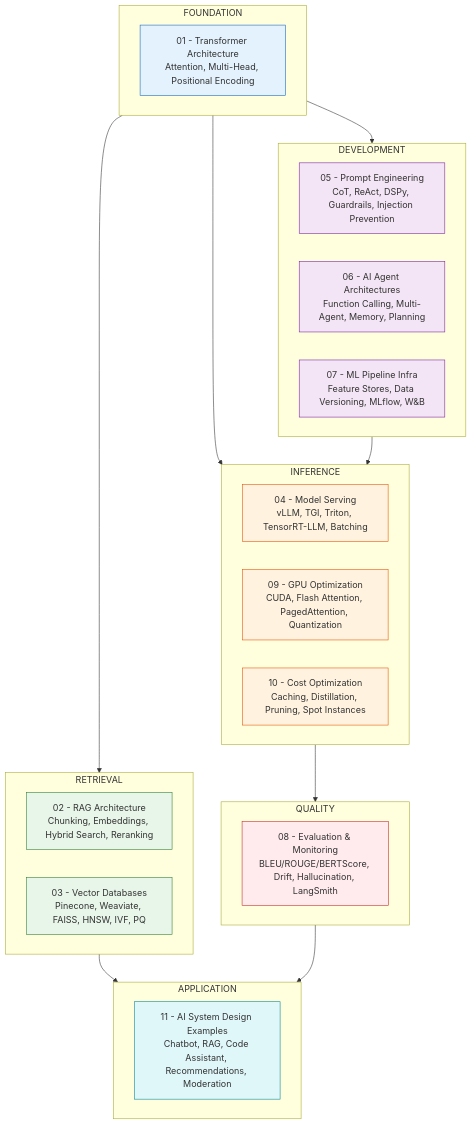
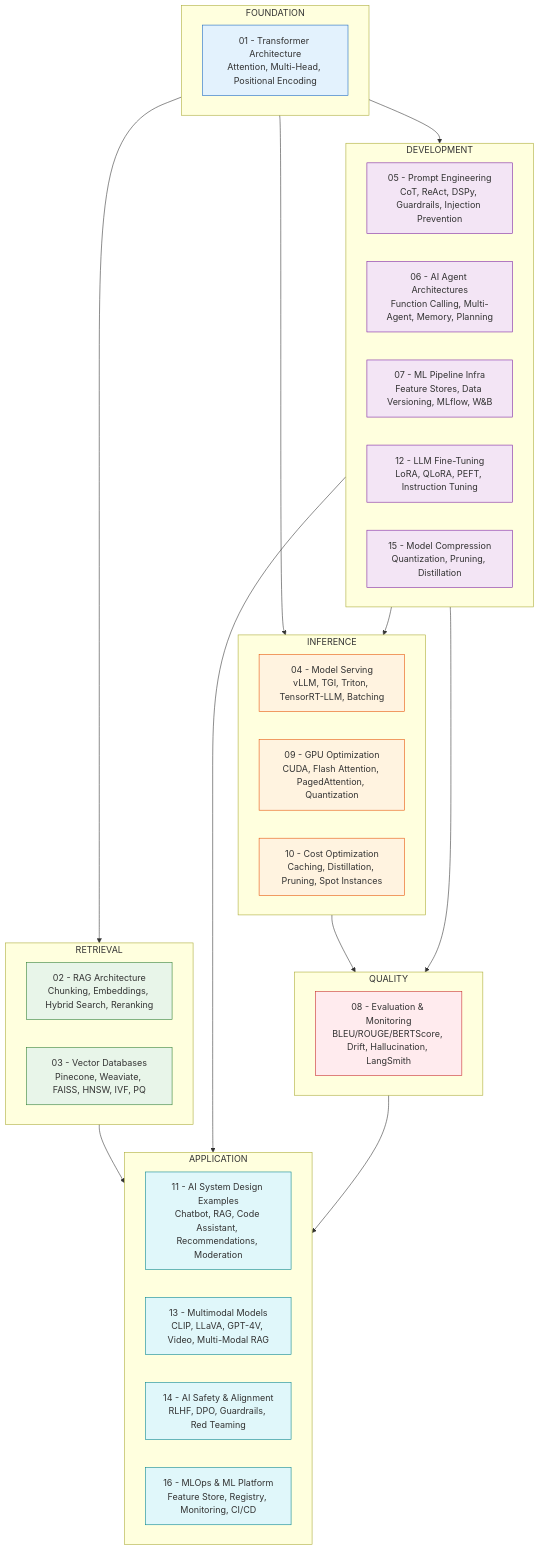
Before and after one commit to ajju853/SystemDesignHandbook: the diagram in 22-AI-ML-System-Design/README.md, drawn with Mermaid. The commit also changed other lines of this file and 32 other files, not shown here.

````diff
--- a/22-AI-ML-System-Design/README.md
+++ b/22-AI-ML-System-Design/README.md
@@ -5,51 +5,63 @@
 ```mermaid
 graph TD
     subgraph FOUNDATION
         A["01 - Transformer Architecture<br/>Attention, Multi-Head, Positional Encoding"]
     end
 
     subgraph RETRIEVAL
         B["02 - RAG Architecture<br/>Chunking, Embeddings, Hybrid Search, Reranking"]
         C["03 - Vector Databases<br/>Pinecone, Weaviate, FAISS, HNSW, IVF, PQ"]
     end
 
     subgraph INFERENCE
         D["04 - Model Serving<br/>vLLM, TGI, Triton, TensorRT-LLM, Batching"]
         E["09 - GPU Optimization<br/>CUDA, Flash Attention, PagedAttention, Quantization"]
         F["10 - Cost Optimization<br/>Caching, Distillation, Pruning, Spot Instances"]
     end
 
     subgraph DEVELOPMENT
         G["05 - Prompt Engineering<br/>CoT, ReAct, DSPy, Guardrails, Injection Prevention"]
         H["06 - AI Agent Architectures<br/>Function Calling, Multi-Agent, Memory, Planning"]
         I["07 - ML Pipeline Infra<br/>Feature Stores, Data Versioning, MLflow, W&B"]
+        L["12 - LLM Fine-Tuning<br/>LoRA, QLoRA, PEFT, Instruction Tuning"]
+        M["15 - Model Compression<br/>Quantization, Pruning, Distillation"]
     end
 
     subgraph QUALITY
         J["08 - Evaluation & Monitoring<br/>BLEU/ROUGE/BERTScore, Drift, Hallucination, LangSmith"]
     end
 
     subgraph APPLICATION
         K["11 - AI System Design Examples<br/>Chatbot, RAG, Code Assistant, Recommendations, Moderation"]
+        N["13 - Multimodal Models<br/>CLIP, LLaVA, GPT-4V, Video, Multi-Modal RAG"]
+        O["14 - AI Safety & Alignment<br/>RLHF, DPO, Guardrails, Red Teaming"]
+        P["16 - MLOps & ML Platform<br/>Feature Store, Registry, Monitoring, CI/CD"]
     end
 
     FOUNDATION --> RETRIEVAL
     FOUNDATION --> INFERENCE
     FOUNDATION --> DEVELOPMENT
     RETRIEVAL --> APPLICATION
     DEVELOPMENT --> INFERENCE
+    DEVELOPMENT --> APPLICATION
     INFERENCE --> QUALITY
     QUALITY --> APPLICATION
+    DEVELOPMENT --> QUALITY
 
     style A fill:#e3f2fd,stroke:#1565c0
     style B fill:#e8f5e9,stroke:#2e7d32
     style C fill:#e8f5e9,stroke:#2e7d32
     style D fill:#fff3e0,stroke:#e65100
     style E fill:#fff3e0,stroke:#e65100
     style F fill:#fff3e0,stroke:#e65100
     style G fill:#f3e5f5,stroke:#7b1fa2
     style H fill:#f3e5f5,stroke:#7b1fa2
     style I fill:#f3e5f5,stroke:#7b1fa2
     style J fill:#ffebee,stroke:#c62828
     style K fill:#e0f7fa,stroke:#00838f
+    style L fill:#f3e5f5,stroke:#7b1fa2
+    style M fill:#f3e5f5,stroke:#7b1fa2
+    style N fill:#e0f7fa,stroke:#00838f
+    style O fill:#e0f7fa,stroke:#00838f
+    style P fill:#e0f7fa,stroke:#00838f
 ```
````
